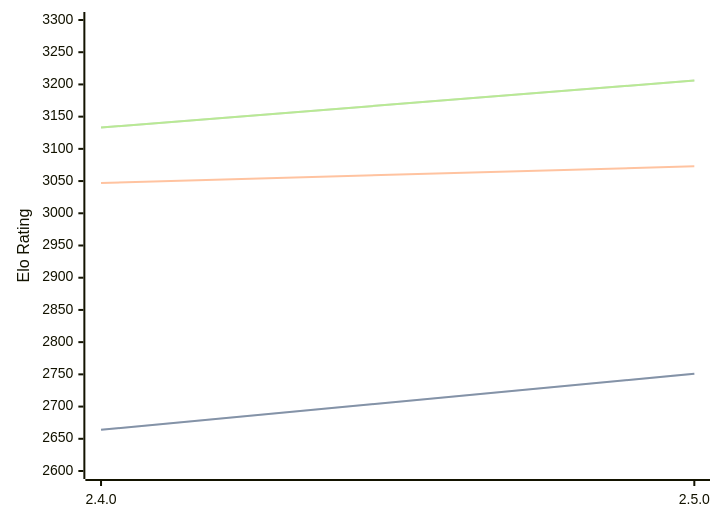
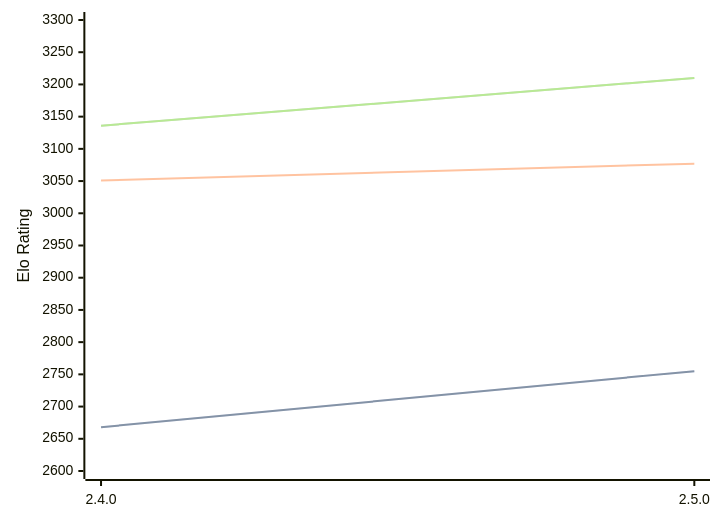
Before and after one commit to computer-chess-index/cci: the diagram in engines/Sturddle2.md, drawn with Mermaid. The commit also changed other lines of this file, not shown here.

Commit message:
Update CCI Ratings (ELO VLTC) - 2026-05-02

````diff
--- a/engines/Sturddle2.md
+++ b/engines/Sturddle2.md
@@ -37,11 +37,11 @@
 ```mermaid
 %%{init: {"theme":"base","themeVariables":{"seriesColors:['#a3a3a3','#222221','#faa371']}}}%%
 xychart-beta
   x-axis ["2.4.0", "2.5.0"]
   y-axis "Elo Rating" 2600 --> 3300
-  line "STC (8.0+0.08s)" [2664, 2751]
-  line "STC (8.0+0.08s)" [2664, 2751]
-  line "LTC (60.0+0.60s)" [3047, 3073]
-  line "VLTC (2m24s+1.12s)" [3133, 3206]
-  line "VLTC (2m24s+1.12s)" [3133, 3206]
+  line "STC (8.0+0.08s)" [2668, 2755]
+  line "STC (8.0+0.08s)" [2668, 2755]
+  line "LTC (60.0+0.60s)" [3051, 3077]
+  line "VLTC (2m24s+1.12s)" [3136, 3210]
+  line "VLTC (2m24s+1.12s)" [3136, 3210]
 ```
````
